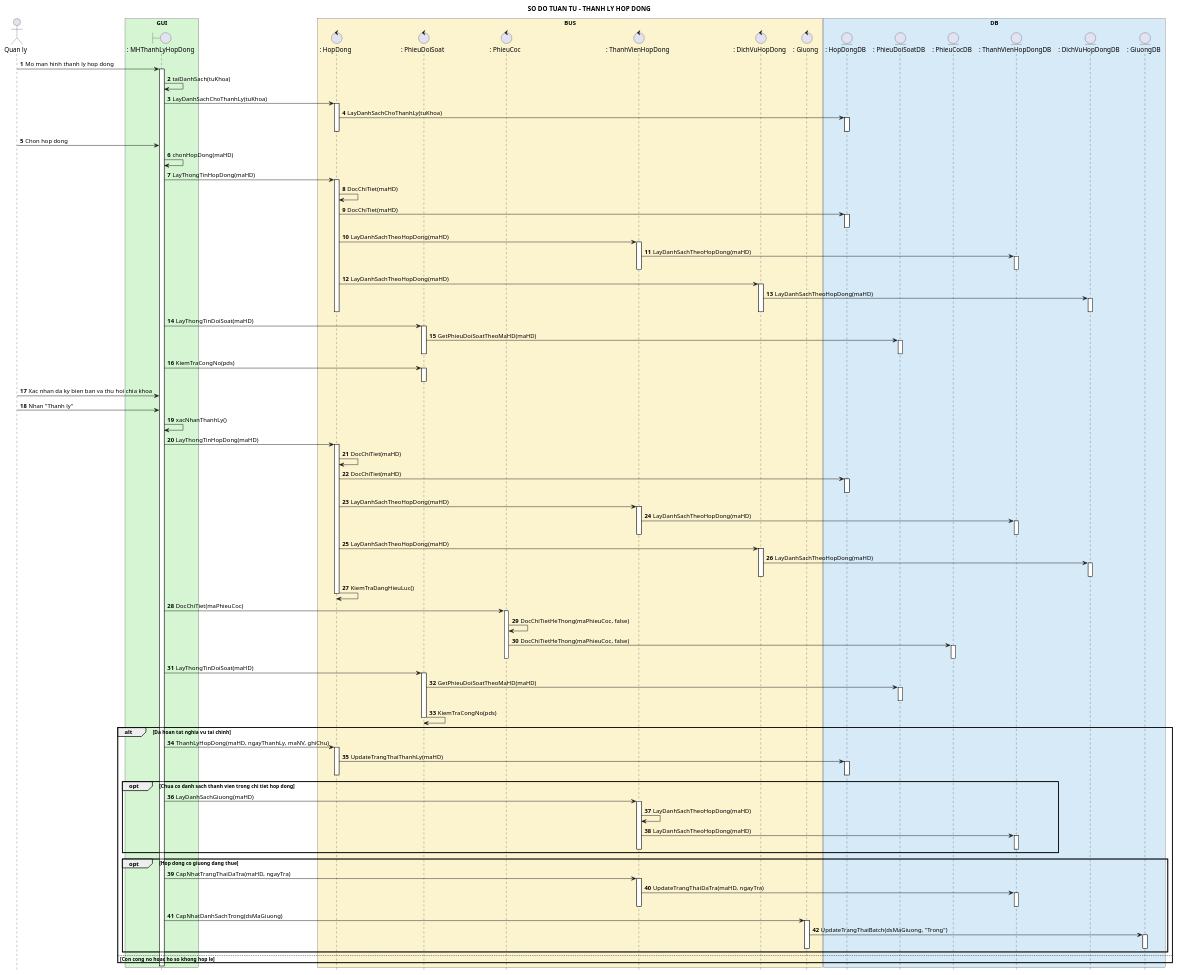
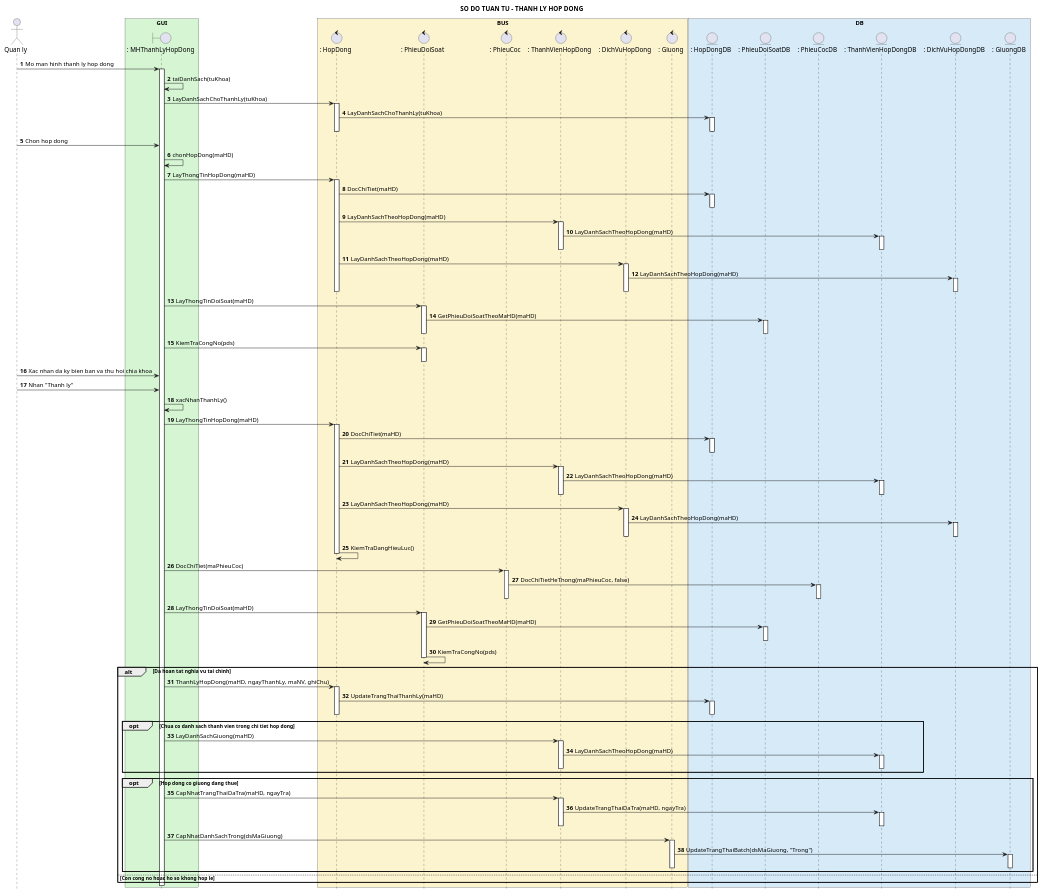
Before and after one commit to Ming1309/HomeStay-Dorm: the diagram in docs/uml/thanh-ly-hop-dong-sequence.puml, drawn with PlantUML. The commit also changed 32 other files, not shown here.

Commit message:
docs(uml): add dashboard diagrams and refine consistency check rules

```diff
--- a/docs/uml/thanh-ly-hop-dong-sequence.puml
+++ b/docs/uml/thanh-ly-hop-dong-sequence.puml
@@ -1,145 +1,141 @@
 @startuml
 title SO DO TUAN TU - THANH LY HOP DONG
 
 hide footbox
 autonumber 1 1
 skinparam shadowing false
 
 actor "Quan ly" as QL
 
 box "GUI" #D5F5D3
 boundary ": MHThanhLyHopDong" as MH
 end box
 
 box "BUS" #FCF3CF
 control ": HopDong" as HD
 control ": PhieuDoiSoat" as PDS
 control ": PhieuCoc" as PC
 control ": ThanhVienHopDong" as TV
 control ": DichVuHopDong" as DV
 control ": Giuong" as G
 end box
 
 box "DB" #D6EAF8
 entity ": HopDongDB" as HDDB
 entity ": PhieuDoiSoatDB" as PDSDB
 entity ": PhieuCocDB" as PCDB
 entity ": ThanhVienHopDongDB" as TVDB
 entity ": DichVuHopDongDB" as DVDB
 entity ": GiuongDB" as GDB
 end box
 
 QL -> MH : Mo man hinh thanh ly hop dong
 activate MH
 MH -> MH : taiDanhSach(tuKhoa)
 MH -> HD : LayDanhSachChoThanhLy(tuKhoa)
 activate HD
 HD -> HDDB : LayDanhSachChoThanhLy(tuKhoa)
 activate HDDB
 deactivate HDDB
 deactivate HD
 
 QL -> MH : Chon hop dong
 MH -> MH : chonHopDong(maHD)
 MH -> HD : LayThongTinHopDong(maHD)
 activate HD
-HD -> HD : DocChiTiet(maHD)
 HD -> HDDB : DocChiTiet(maHD)
 activate HDDB
 deactivate HDDB
 HD -> TV : LayDanhSachTheoHopDong(maHD)
 activate TV
 TV -> TVDB : LayDanhSachTheoHopDong(maHD)
 activate TVDB
 deactivate TVDB
 deactivate TV
 HD -> DV : LayDanhSachTheoHopDong(maHD)
 activate DV
 DV -> DVDB : LayDanhSachTheoHopDong(maHD)
 activate DVDB
 deactivate DVDB
 deactivate DV
 deactivate HD
 MH -> PDS : LayThongTinDoiSoat(maHD)
 activate PDS
 PDS -> PDSDB : GetPhieuDoiSoatTheoMaHD(maHD)
 activate PDSDB
 deactivate PDSDB
 deactivate PDS
 MH -> PDS : KiemTraCongNo(pds)
 activate PDS
 deactivate PDS
 
 QL -> MH : Xac nhan da ky bien ban va thu hoi chia khoa
 QL -> MH : Nhan "Thanh ly"
 MH -> MH : xacNhanThanhLy()
 MH -> HD : LayThongTinHopDong(maHD)
 activate HD
-HD -> HD : DocChiTiet(maHD)
 HD -> HDDB : DocChiTiet(maHD)
 activate HDDB
 deactivate HDDB
 HD -> TV : LayDanhSachTheoHopDong(maHD)
 activate TV
 TV -> TVDB : LayDanhSachTheoHopDong(maHD)
 activate TVDB
 deactivate TVDB
 deactivate TV
 HD -> DV : LayDanhSachTheoHopDong(maHD)
 activate DV
 DV -> DVDB : LayDanhSachTheoHopDong(maHD)
 activate DVDB
 deactivate DVDB
 deactivate DV
 HD -> HD : KiemTraDangHieuLuc()
 deactivate HD
 MH -> PC : DocChiTiet(maPhieuCoc)
 activate PC
-PC -> PC : DocChiTietHeThong(maPhieuCoc, false)
 PC -> PCDB : DocChiTietHeThong(maPhieuCoc, false)
 activate PCDB
 deactivate PCDB
 deactivate PC
 MH -> PDS : LayThongTinDoiSoat(maHD)
 activate PDS
 PDS -> PDSDB : GetPhieuDoiSoatTheoMaHD(maHD)
 activate PDSDB
 deactivate PDSDB
 PDS -> PDS : KiemTraCongNo(pds)
 deactivate PDS
 
 alt Da hoan tat nghia vu tai chinh
   MH -> HD : ThanhLyHopDong(maHD, ngayThanhLy, maNV, ghiChu)
   activate HD
   HD -> HDDB : UpdateTrangThaiThanhLy(maHD)
   activate HDDB
   deactivate HDDB
   deactivate HD
   opt Chua co danh sach thanh vien trong chi tiet hop dong
     MH -> TV : LayDanhSachGiuong(maHD)
     activate TV
-    TV -> TV : LayDanhSachTheoHopDong(maHD)
     TV -> TVDB : LayDanhSachTheoHopDong(maHD)
     activate TVDB
     deactivate TVDB
     deactivate TV
   end
   opt Hop dong co giuong dang thue
     MH -> TV : CapNhatTrangThaiDaTra(maHD, ngayTra)
     activate TV
     TV -> TVDB : UpdateTrangThaiDaTra(maHD, ngayTra)
     activate TVDB
     deactivate TVDB
     deactivate TV
     MH -> G : CapNhatDanhSachTrong(dsMaGiuong)
     activate G
     G -> GDB : UpdateTrangThaiBatch(dsMaGiuong, "Trong")
     activate GDB
     deactivate GDB
     deactivate G
   end
 else Con cong no hoac ho so khong hop le
 end
 
 deactivate MH
 @enduml
```
